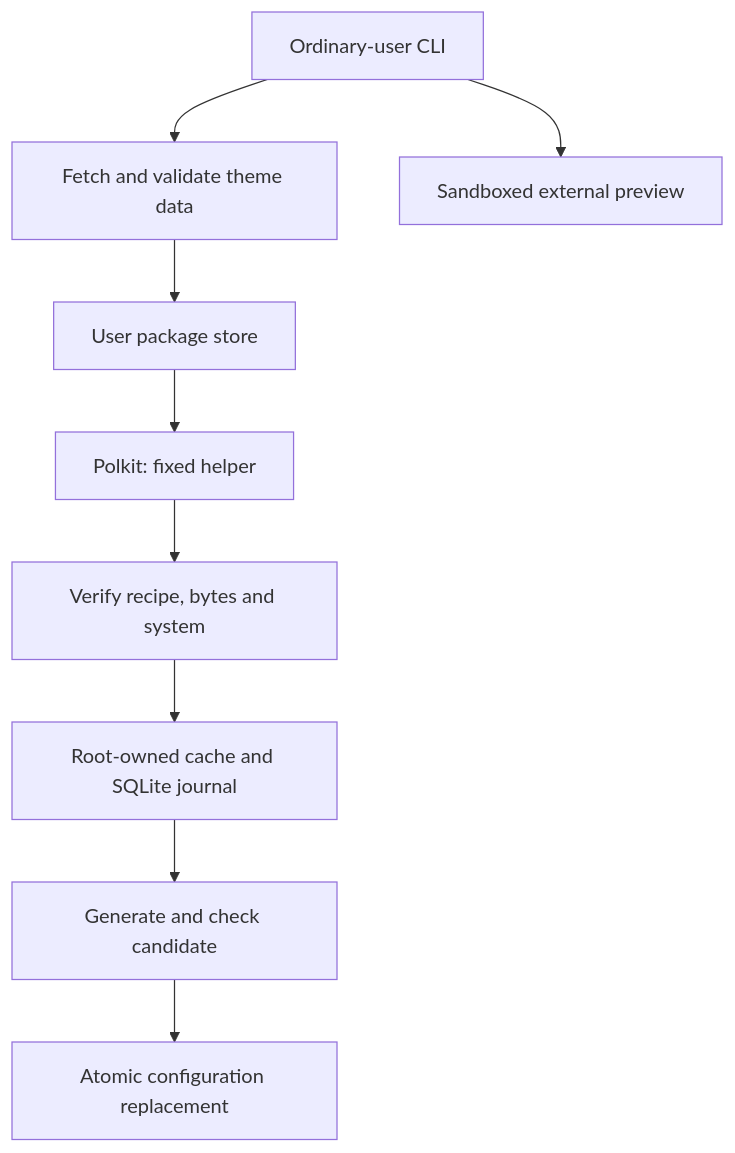
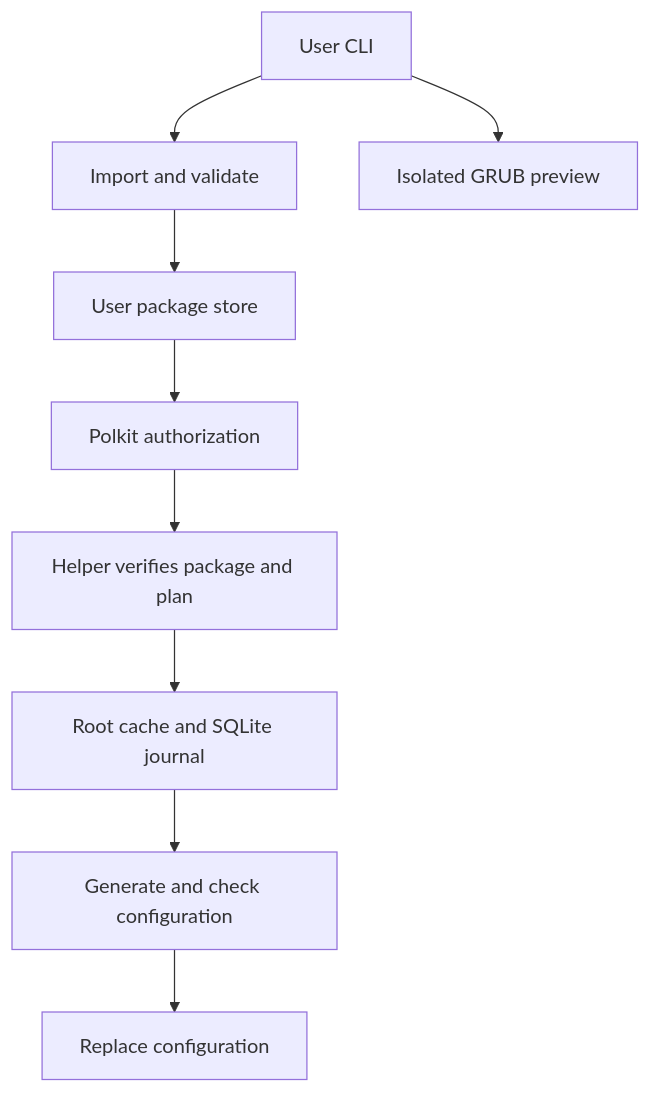
The diagram in docs/architecture.md (ivanimmanuel-dev/grubmgr), drawn with Mermaid before and after one commit. The commit also changed other lines of this file and 56 other files, not shown here.

````diff
--- a/docs/architecture.md
+++ b/docs/architecture.md
@@ -5,11 +5,11 @@
 ```mermaid
 flowchart TD
-  CLI[Ordinary-user CLI] --> Fetch[Fetch and validate theme data]
+  CLI[User CLI] --> Fetch[Import and validate]
   Fetch --> User[User package store]
-  CLI --> Preview[Sandboxed external preview]
-  User --> Polkit[Polkit: fixed helper]
-  Polkit --> Check[Verify recipe, bytes and system]
-  Check --> Root[Root-owned cache and SQLite journal]
-  Root --> Candidate[Generate and check candidate]
-  Candidate --> Activate[Atomic configuration replacement]
+  CLI --> Preview[Isolated GRUB preview]
+  User --> Polkit[Polkit authorization]
+  Polkit --> Check[Helper verifies package and plan]
+  Check --> Root[Root cache and SQLite journal]
+  Root --> Candidate[Generate and check configuration]
+  Candidate --> Activate[Replace configuration]
 ```
````
